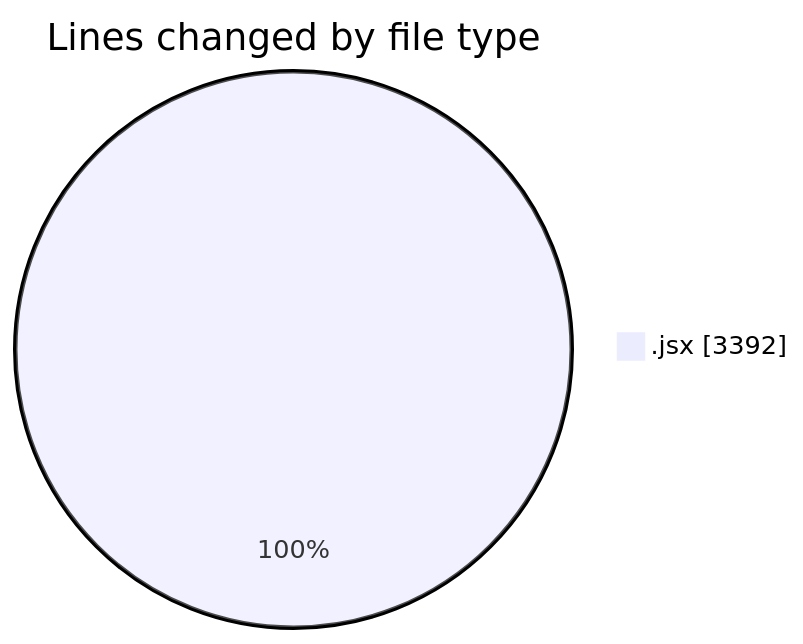
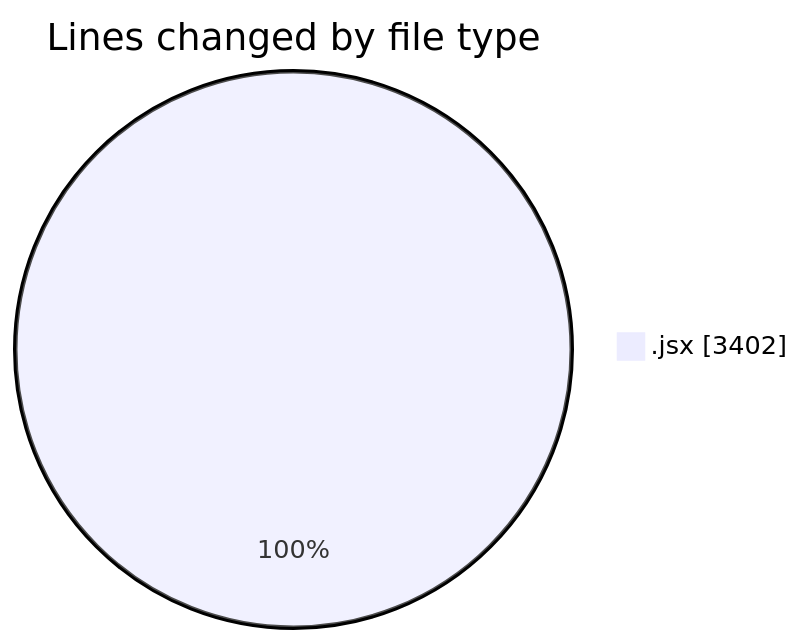
One commit to nxtqubesakshisongat/code-tracking changed the first of 2 diagrams in 2025-06-16/nxtqube_webapp/README.md. Above: the diagram before and after it, drawn with Mermaid. The commit also changed other lines of this file and 1 other file, not shown here.

````diff
--- a/2025-06-16/nxtqube_webapp/README.md
+++ b/2025-06-16/nxtqube_webapp/README.md
@@ -22,5 +22,5 @@
 ```mermaid
 pie showData
 title Lines changed by file type
-".jsx" : 3392
+".jsx" : 3402
 ```
````
